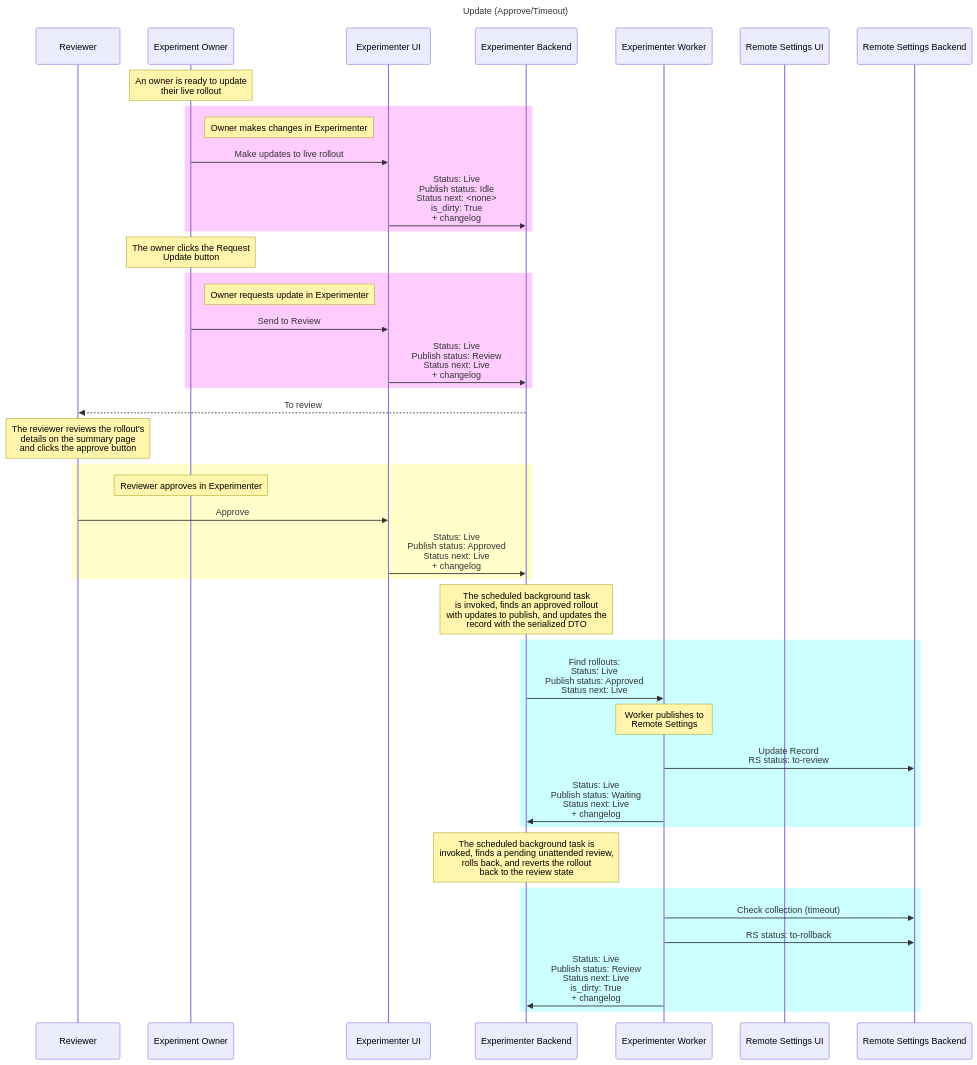
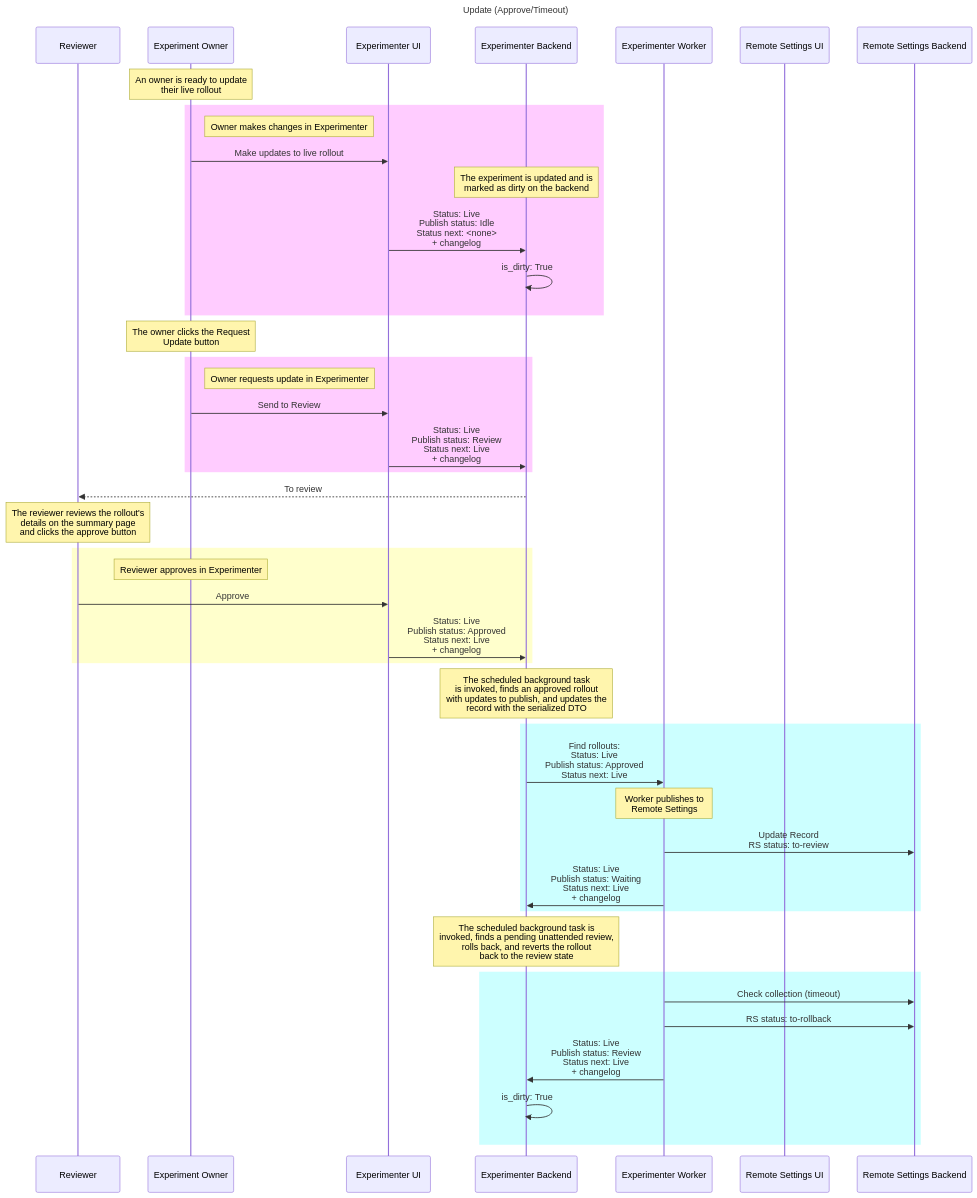
One commit to mozilla/experimenter changed diagram 12 of 22 in docs/experimenter/README.md. Above: the diagram before and after it, drawn with Mermaid. The commit also changed other lines of this file, not shown here.

Commit message:
For #8559 docs(nimbus): Separate is_dirty to show that it is set on the backend

````diff
--- a/docs/experimenter/README.md
+++ b/docs/experimenter/README.md
@@ -706,54 +717,57 @@
 ```mermaid
   sequenceDiagram
     participant Reviewer
     participant Experiment Owner
     participant Experimenter UI
     participant Experimenter Backend
     participant Experimenter Worker
     participant Remote Settings UI
     participant Remote Settings Backend
     title Update (Approve/Timeout)
     
     Note over Experiment Owner: An owner is ready to update <br/> their live rollout
     
     rect rgb(255,204,255) 
         Note right of Experiment Owner: Owner makes changes in Experimenter
         Experiment Owner->>Experimenter UI: Make updates to live rollout
-        Experimenter UI->>Experimenter Backend: Status: Live <br/> Publish status: Idle <br/> Status next: <none> <br/> is_dirty: True <br/> + changelog
+        Note over Experimenter Backend: The experiment is updated and is <br/> marked as dirty on the backend
+        Experimenter UI->>Experimenter Backend: Status: Live <br/> Publish status: Idle <br/> Status next: <none>  <br/> + changelog
+        Experimenter Backend->>Experimenter Backend: is_dirty: True 
     end 
 
     Note over Experiment Owner: The owner clicks the Request <br/> Update button
     
     rect rgb(255,204,255) 
         Note right of Experiment Owner: Owner requests update in Experimenter
         Experiment Owner->>Experimenter UI: Send to Review
         Experimenter UI->>Experimenter Backend: Status: Live <br/> Publish status: Review <br/> Status next: Live <br/> + changelog
     end 
     
     Experimenter Backend-->>Reviewer: To review
     Note over Reviewer: The reviewer reviews the rollout's <br/> details on the summary page <br/> and clicks the approve button
     
 
     rect rgb(255,255,204) 
         Note over Experiment Owner: Reviewer approves in Experimenter
         Reviewer->>Experimenter UI: Approve
         Experimenter UI->>Experimenter Backend: Status: Live <br/> Publish status: Approved <br/> Status next: Live <br/> + changelog
     end 
  
     Note over Experimenter Backend: The scheduled background task <br/> is invoked, finds an approved rollout <br/> with updates to publish, and updates the <br/> record with the serialized DTO
     
     rect rgb(204,255,255) 
         Experimenter Backend->>Experimenter Worker: Find rollouts: <br/> Status: Live <br/> Publish status: Approved <br/> Status next: Live
         Note over Experimenter Worker: Worker publishes to <br/>Remote Settings
         Experimenter Worker->>Remote Settings Backend: Update Record <br/> RS status: to-review
         Experimenter Worker->>Experimenter Backend: Status: Live <br/> Publish status: Waiting <br/> Status next: Live <br/> + changelog
     end 
 
     Note over Experimenter Backend: The scheduled background task is <br/> invoked, finds a pending unattended review, <br/> rolls back, and reverts the rollout <br/> back to the review state
 
     rect rgb(204,255,255) 
         Experimenter Worker->>Remote Settings Backend: Check collection (timeout) 
         Experimenter Worker->>Remote Settings Backend: RS status: to-rollback
-        Experimenter Worker->>Experimenter Backend:  Status: Live <br/> Publish status: Review <br/> Status next: Live <br/> is_dirty: True <br/> + changelog
+        Experimenter Worker->>Experimenter Backend:  Status: Live <br/> Publish status: Review <br/> Status next: Live <br/> + changelog
+        Experimenter Backend->>Experimenter Backend: is_dirty: True 
     end 
 ```
````
